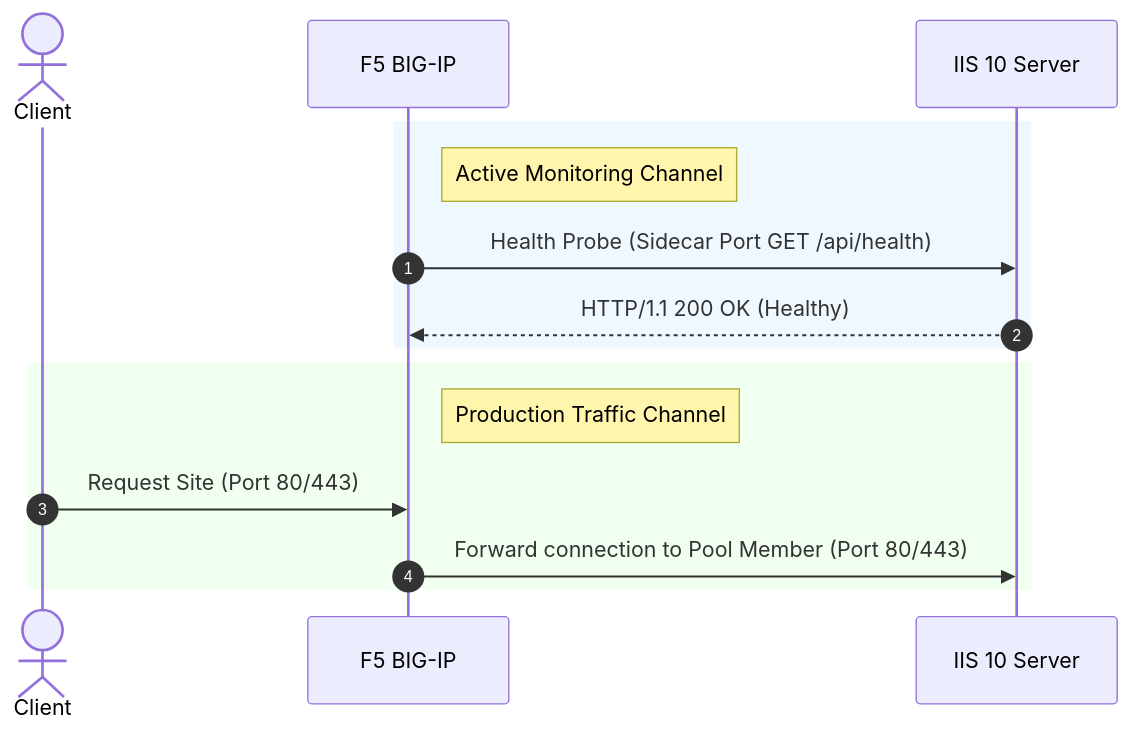
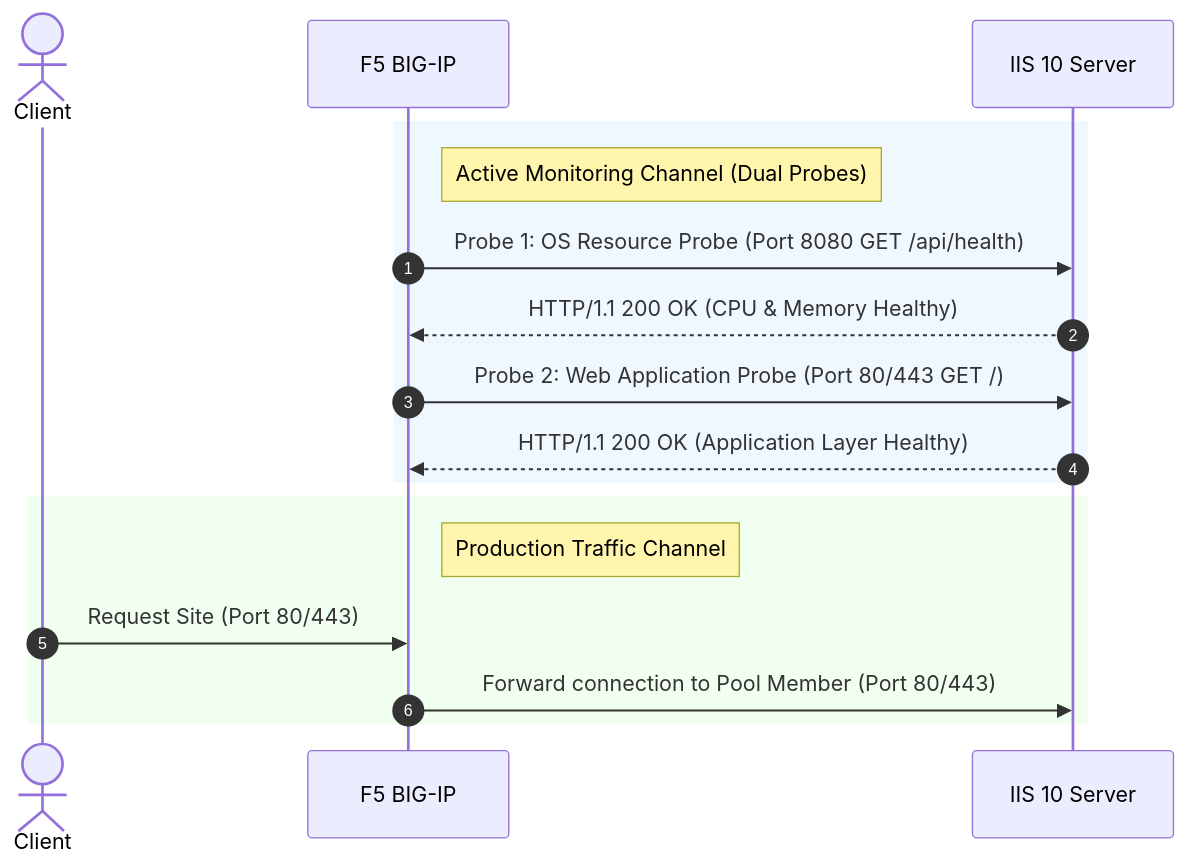
One commit to f5devcentral/IIS10-Health-Check changed the second of 2 diagrams in readme.md. Above: the diagram before and after it, drawn with Mermaid. The commit also changed other lines of this file, not shown here.

Commit message:
docs: add dual-monitor guidance combining sidecar OS probe with app probe

````diff
--- a/readme.md
+++ b/readme.md
@@ -213,19 +217,21 @@
 ```mermaid
 sequenceDiagram
     autonumber
     actor Client
     participant F5 as F5 BIG-IP
     participant IIS as IIS 10 Server
     
     rect rgb(240, 248, 255)
-    note right of F5: Active Monitoring Channel
-    F5->>IIS: Health Probe (Sidecar Port GET /api/health)
-    IIS-->>F5: HTTP/1.1 200 OK (Healthy)
+    note right of F5: Active Monitoring Channel (Dual Probes)
+    F5->>IIS: Probe 1: OS Resource Probe (Port 8080 GET /api/health)
+    IIS-->>F5: HTTP/1.1 200 OK (CPU & Memory Healthy)
+    F5->>IIS: Probe 2: Web Application Probe (Port 80/443 GET /)
+    IIS-->>F5: HTTP/1.1 200 OK (Application Layer Healthy)
     end
 
     rect rgb(240, 255, 240)
     note right of F5: Production Traffic Channel
     Client->>F5: Request Site (Port 80/443)
     F5->>IIS: Forward connection to Pool Member (Port 80/443)
     end
 ```
````
